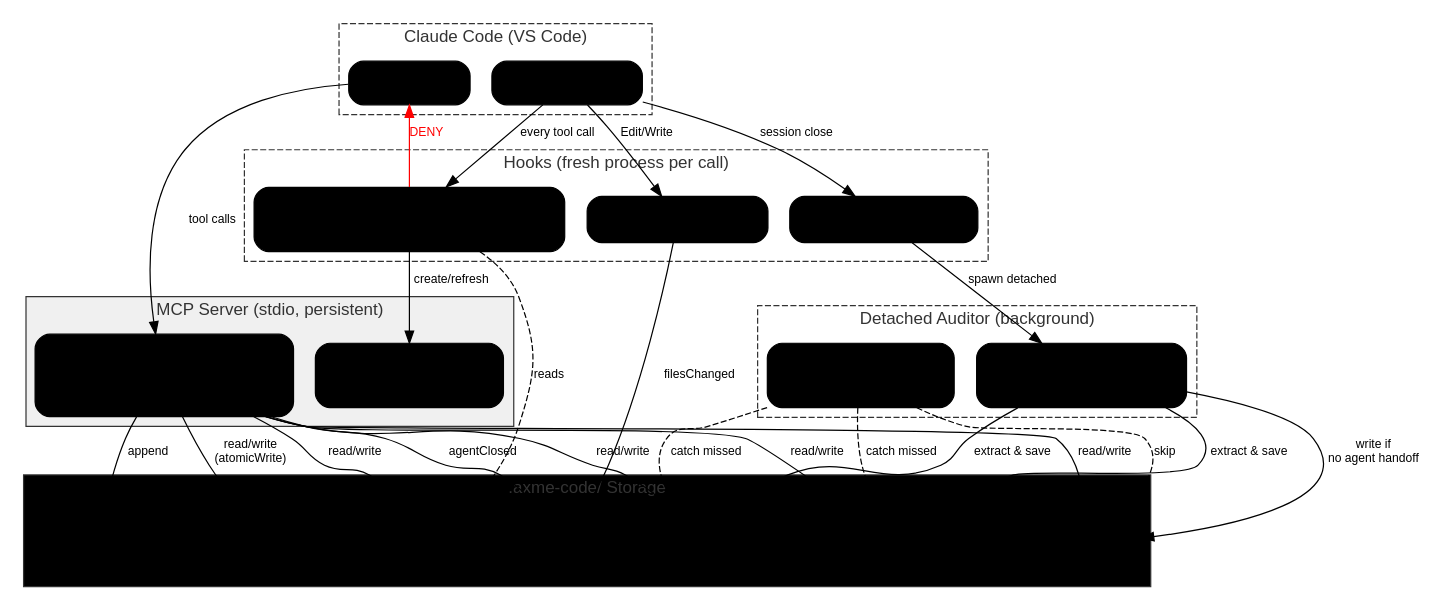
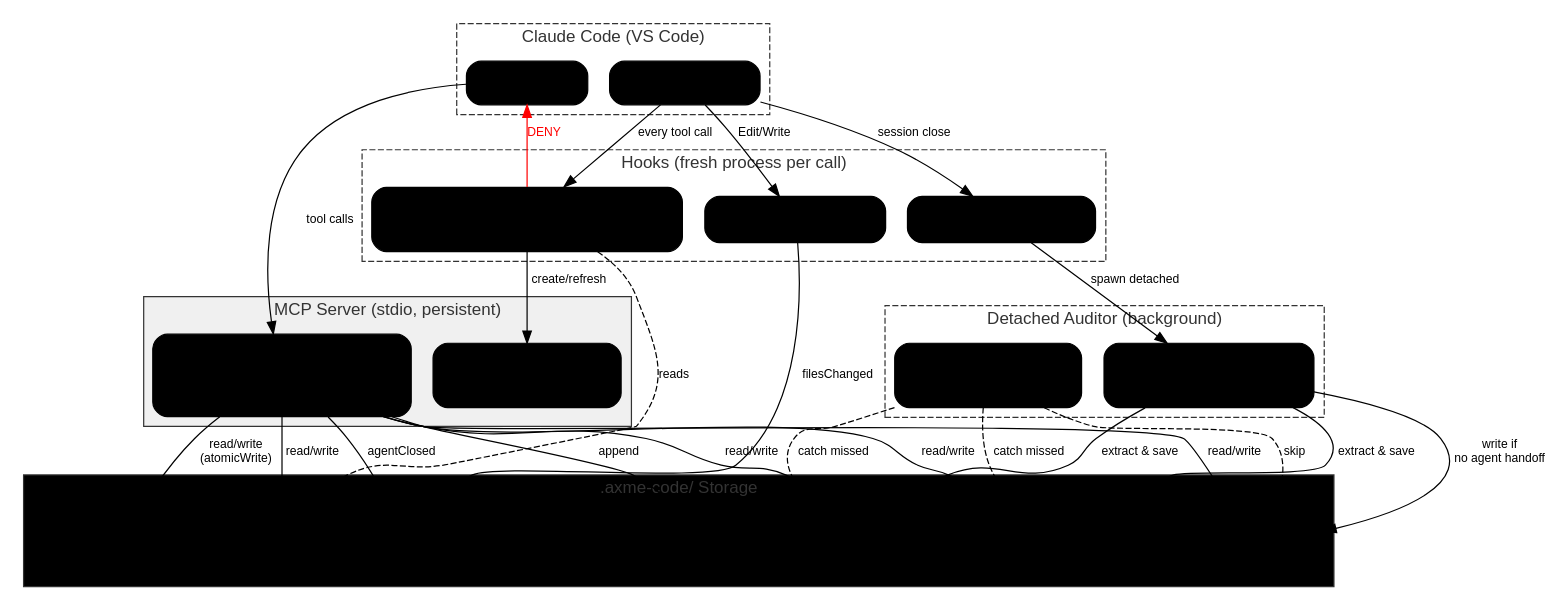
The diagram in docs/diagrams/axme-code-architecture.dot (AxmeAI/axme-code), drawn with Graphviz before and after one commit. The commit also changed 4 other files, not shown here.

First line of the commit message:
docs: update architecture, README, and diagrams for v0.2.0

```diff
--- a/docs/diagrams/axme-code-architecture.dot
+++ b/docs/diagrams/axme-code-architecture.dot
@@ -1,93 +1,94 @@
 digraph axme_code_architecture {
     rankdir=TB;
     fontname="Helvetica";
     node [fontname="Helvetica", shape=box, style="rounded,filled"];
     edge [fontname="Helvetica", fontsize=10];
     compound=true;
 
     // Claude Code
     subgraph cluster_claude {
         label="Claude Code (VS Code)";
         style="dashed";
         color="#333333";
         fontcolor="#333333";
         Agent [label="Agent (LLM)", fillcolor="#bfb"];
         HC [label="Hook Controller", fillcolor="#ddd"];
     }
 
     // MCP Server
     subgraph cluster_mcp {
         label="MCP Server (stdio, persistent)";
         style="filled";
         color="#333333";
         fillcolor="#f0f0f0";
         fontcolor="#333333";
         Tools [label="Tool Handlers\naxme_context, axme_save_*\naxme_begin_close\naxme_finalize_close", fillcolor="#bfb"];
         SessionMgr [label="Session Manager\nownerPpid mapping\nstale adoption", fillcolor="#dfd"];
     }
 
     // Hooks
     subgraph cluster_hooks {
         label="Hooks (fresh process per call)";
         style="dashed";
         color="#333333";
         fontcolor="#333333";
         PreHook [label="pre-tool-use\nHard safety enforcement\n(100% reliable, not prompt-based)", fillcolor="#f9f"];
         PostHook [label="post-tool-use\nTrack filesChanged", fillcolor="#f9f"];
         EndHook [label="session-end\nSpawn audit worker", fillcolor="#f9f"];
     }
 
     // Detached Auditor
     subgraph cluster_auditor {
         label="Detached Auditor (background)";
         style="dashed";
         color="#333333";
         fontcolor="#333333";
         AuditFull [label="Full Extraction\n(agentClosed=false)\ncrash/orphan sessions", fillcolor="#fbb"];
         AuditVerify [label="Verify-Only\n(agentClosed=true)\ncatch missed items", fillcolor="#fdd"];
     }
 
     // Storage
     subgraph cluster_storage {
         label=".axme-code/ Storage";
         style="filled";
         color="#333333";
         fillcolor="#eef";
         fontcolor="#333333";
         Oracle [label="oracle/\nstack, structure\npatterns, glossary", fillcolor="#bbf"];
         Decisions [label="decisions/\nD-001..D-NNN", fillcolor="#bbf"];
         Memory [label="memory/\nfeedback/ + patterns/", fillcolor="#bbf"];
         Safety [label="safety/\nrules.yaml", fillcolor="#bbf"];
+        Backlog [label="backlog/\nB-001..B-NNN", fillcolor="#bbf"];
         Sessions [label="sessions/\nmeta.json", fillcolor="#bbf"];
-        Plans [label="plans/\nhandoff.md", fillcolor="#bbf"];
+        Plans [label="plans/\nhandoff-id.md", fillcolor="#bbf"];
         Worklog [label="worklog.jsonl\nworklog.md", fillcolor="#bbf"];
     }
 
     // Agent -> MCP
     Agent -> Tools [label="tool calls"];
     Tools -> Oracle [label="read/write\n(atomicWrite)"];
     Tools -> Decisions [label="read/write"];
     Tools -> Memory [label="read/write"];
     Tools -> Safety [label="read/write"];
     Tools -> Plans [label="read/write"];
     Tools -> Worklog [label="append"];
     Tools -> Sessions [label="agentClosed"];
 
     // Hooks
     HC -> PreHook [label="every tool call"];
     HC -> PostHook [label="Edit/Write"];
     HC -> EndHook [label="session close"];
     PreHook -> Agent [label="DENY", color="red", fontcolor="red"];
     PreHook -> SessionMgr [label="create/refresh"];
     PreHook -> Safety [style="dashed", label="reads"];
     PostHook -> Sessions [label="filesChanged"];
     EndHook -> AuditFull [label="spawn detached"];
 
     // Auditor
     AuditFull -> Decisions [label="extract & save"];
     AuditFull -> Memory [label="extract & save"];
     AuditVerify -> Decisions [label="catch missed", style="dashed"];
     AuditVerify -> Memory [label="catch missed", style="dashed"];
     AuditFull -> Plans [label="write if\nno agent handoff"];
     AuditVerify -> Plans [style="dashed", label="skip"];
 }
```
